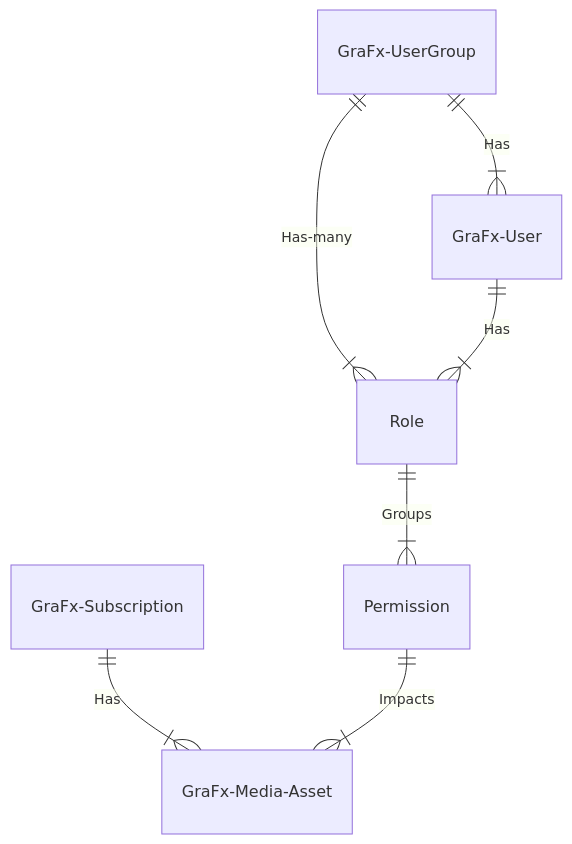
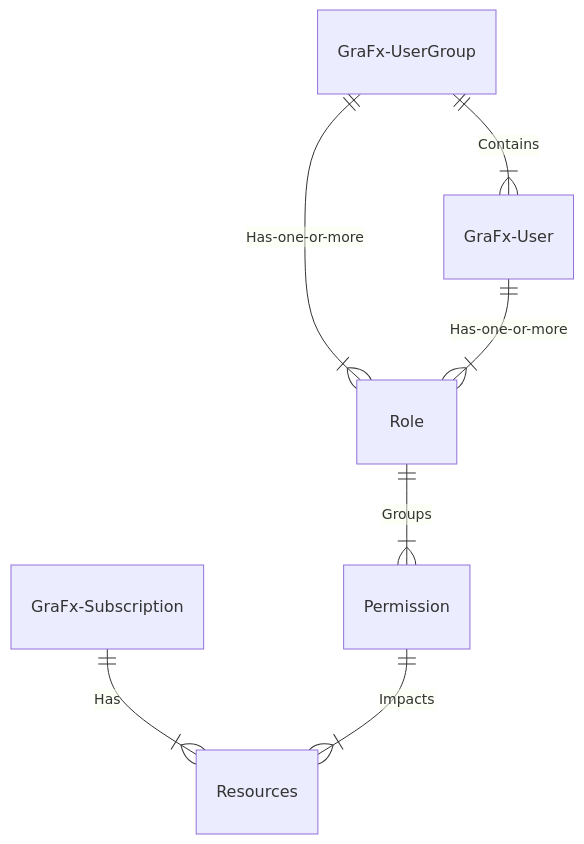
The first of 2 diagrams in docs/CHILI_GraFx/user_management.md (chili-publish/grafx-documentation), drawn with Mermaid before and after one commit. The commit also changed other lines of this file and 14 other files, not shown here.

````diff
--- a/docs/CHILI_GraFx/user_management.md
+++ b/docs/CHILI_GraFx/user_management.md
@@ -16,9 +14,9 @@
 ``` mermaid
 erDiagram
-  GraFx-Subscription ||--|{ GraFx-Media-Asset : Has
-  Permission ||--|{ GraFx-Media-Asset : Impacts
+  GraFx-Subscription ||--|{ Resources : Has
+  Permission ||--|{ Resources : Impacts
   Role ||--|{ Permission : Groups
-  GraFx-UserGroup ||--|{ Role : Has-many
-  GraFx-User ||--|{ Role : Has
-  GraFx-UserGroup ||--|{ GraFx-User : Has
+  GraFx-UserGroup ||--|{ Role : Has-one-or-more
+  GraFx-User ||--|{ Role : Has-one-or-more
+  GraFx-UserGroup ||--|{ GraFx-User : Contains
 ```
````
